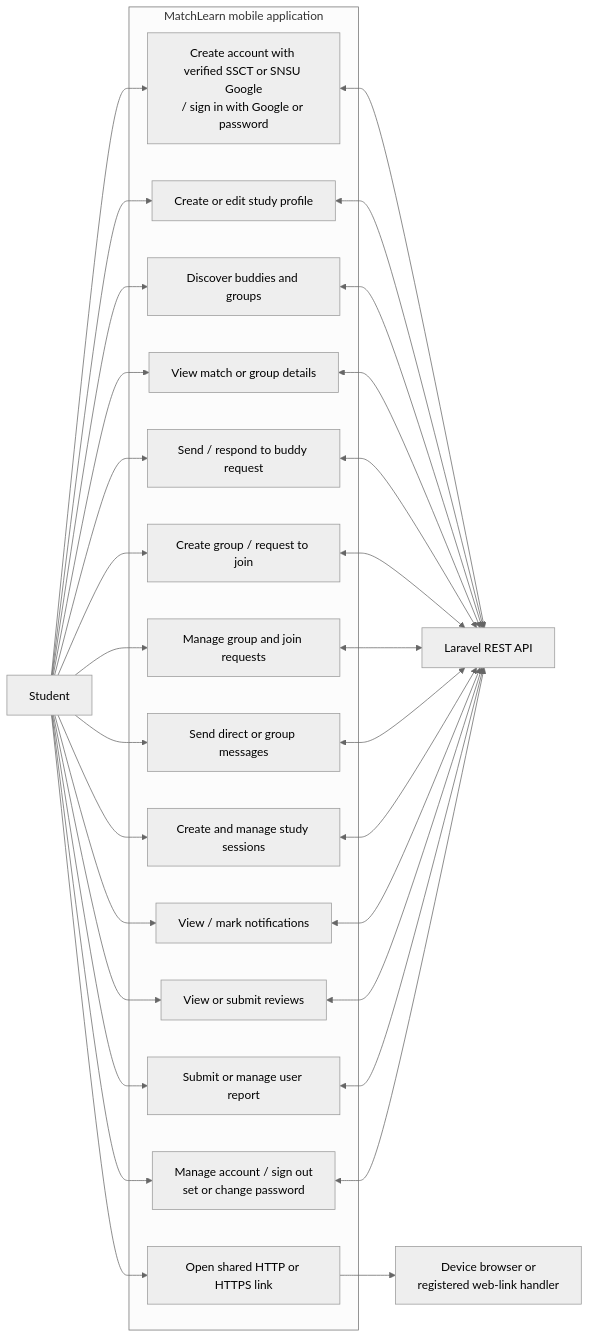
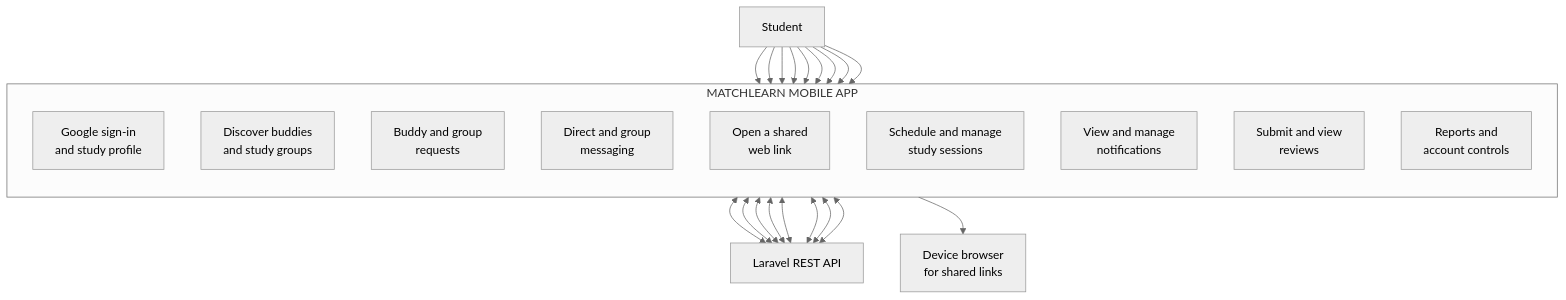
Before and after one commit to eescatin-ui/MatchLearn: the third of 10 diagrams in MatchLearn_Mermaid_Diagrams.md, drawn with Mermaid (neutral theme). The commit also changed other lines of this file and 20 other files, not shown here.

````diff
--- a/MatchLearn_Mermaid_Diagrams.md
+++ b/MatchLearn_Mermaid_Diagrams.md
@@ -49,54 +76,40 @@
 ```mermaid
-flowchart LR
+flowchart TB
     STUDENT["Student"]
 
-    subgraph MATCHLEARN["MatchLearn mobile application"]
-        AUTH["Create account with verified SSCT or SNSU Google<br/>/ sign in with Google or password"]
-        PROFILE["Create or edit study profile"]
-        DISCOVER["Discover buddies and groups"]
-        DETAILS["View match or group details"]
-        BUDDY["Send / respond to buddy request"]
-        GROUP["Create group / request to join"]
-        GROUPADMIN["Manage group and join requests"]
-        CHAT["Send direct or group messages"]
-        OPENLINK["Open shared HTTP or HTTPS link"]
-        SESSION["Create and manage study sessions"]
-        NOTICE["View / mark notifications"]
-        REVIEW["View or submit reviews"]
-        REPORT["Submit or manage user report"]
-        SETTINGS["Manage account / sign out<br/>set or change password"]
+    subgraph APP["MATCHLEARN MOBILE APP"]
+        direction TB
+        ACCOUNT["Google sign-in<br/>and study profile"]
+        DISCOVER["Discover buddies<br/>and study groups"]
+        CONNECT["Buddy and group<br/>requests"]
+        MESSAGES["Direct and group<br/>messaging"]
+        LINKS["Open a shared<br/>web link"]
+        SESSIONS["Schedule and manage<br/>study sessions"]
+        NOTIFICATIONS["View and manage<br/>notifications"]
+        REVIEWS["Submit and view<br/>reviews"]
+        SAFETY["Reports and<br/>account controls"]
     end
 
     API["Laravel REST API"]
-    BROWSER["Device browser or<br/>registered web-link handler"]
+    BROWSER["Device browser<br/>for shared links"]
 
-    STUDENT --> AUTH
-    STUDENT --> PROFILE
+    STUDENT --> ACCOUNT
     STUDENT --> DISCOVER
-    STUDENT --> DETAILS
-    STUDENT --> BUDDY
-    STUDENT --> GROUP
-    STUDENT --> GROUPADMIN
-    STUDENT --> CHAT
-    STUDENT --> OPENLINK
-    STUDENT --> SESSION
-    STUDENT --> NOTICE
-    STUDENT --> REVIEW
-    STUDENT --> REPORT
-    STUDENT --> SETTINGS
+    STUDENT --> CONNECT
+    STUDENT --> MESSAGES
+    STUDENT --> LINKS
+    STUDENT --> SESSIONS
+    STUDENT --> NOTIFICATIONS
+    STUDENT --> REVIEWS
+    STUDENT --> SAFETY
 
-    AUTH <--> API
-    PROFILE <--> API
+    ACCOUNT <--> API
     DISCOVER <--> API
-    DETAILS <--> API
-    BUDDY <--> API
-    GROUP <--> API
-    GROUPADMIN <--> API
-    CHAT <--> API
-    OPENLINK --> BROWSER
-    SESSION <--> API
-    NOTICE <--> API
-    REVIEW <--> API
-    REPORT <--> API
-    SETTINGS <--> API
+    CONNECT <--> API
+    MESSAGES <--> API
+    SESSIONS <--> API
+    NOTIFICATIONS <--> API
+    REVIEWS <--> API
+    SAFETY <--> API
+    LINKS --> BROWSER
 ```
````
